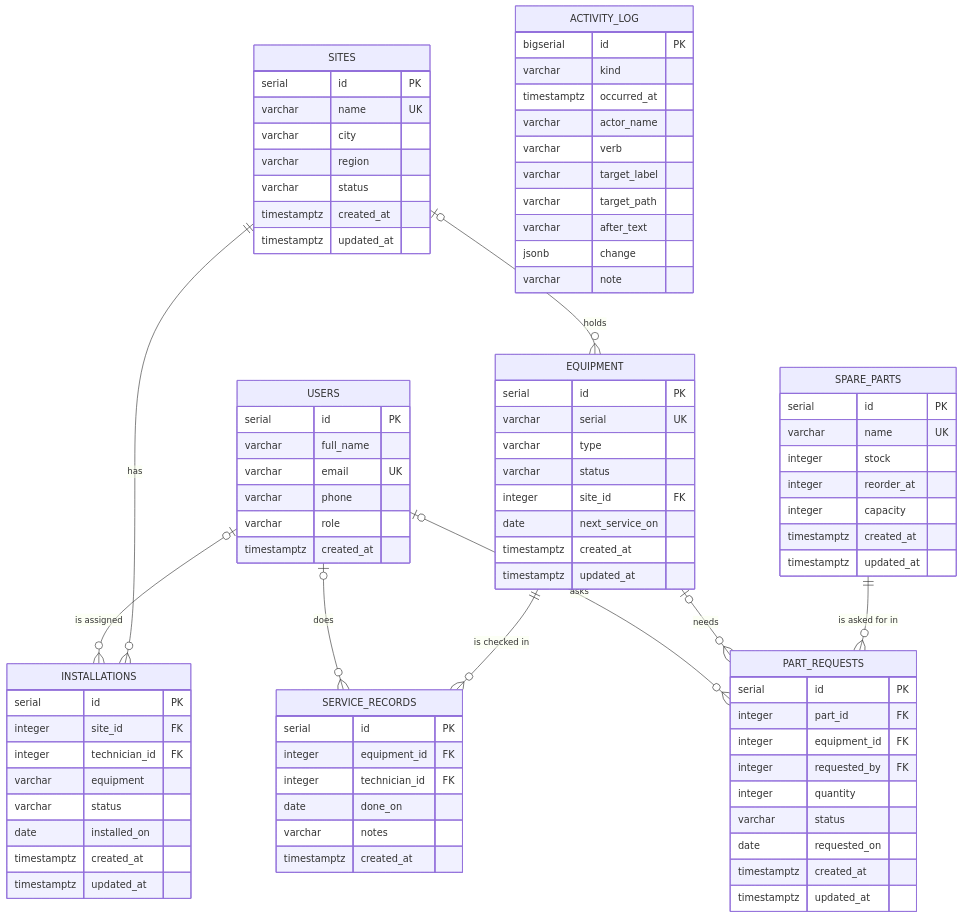
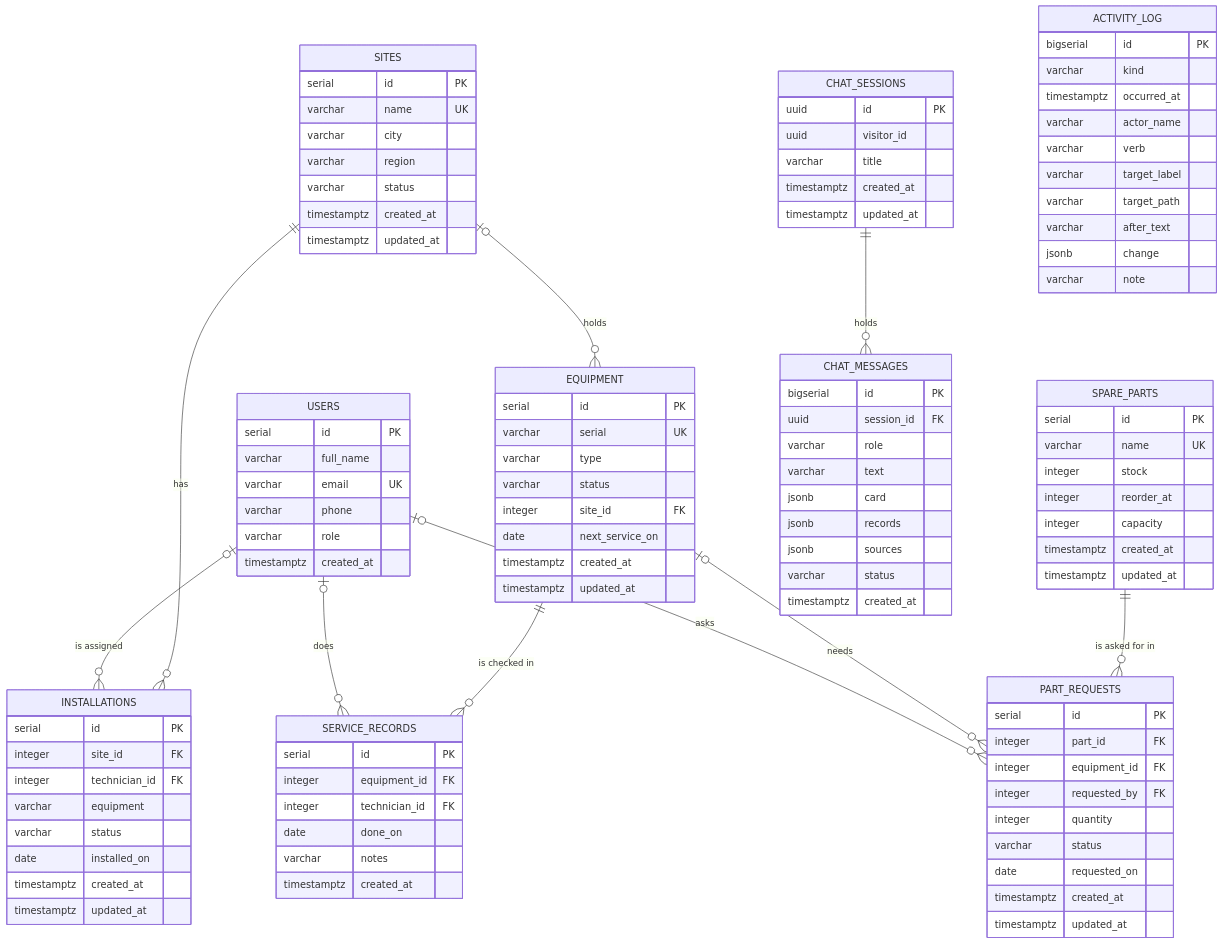
One commit to FlemingJohn/site-operation-dashboard changed the third of 3 diagrams in README.md. Above: the diagram before and after it, drawn with Mermaid. The commit also changed other lines of this file, not shown here.

Commit message:
docs: add saved chats to the readme

````diff
--- a/README.md
+++ b/README.md
@@ -487,6 +492,7 @@
     SPARE_PARTS ||--o{ PART_REQUESTS : "is asked for in"
     EQUIPMENT |o--o{ PART_REQUESTS : "needs"
     USERS |o--o{ PART_REQUESTS : "asks"
+    CHAT_SESSIONS ||--o{ CHAT_MESSAGES : "holds"
 
     SITES {
         serial id PK
@@ -572,4 +578,24 @@
         jsonb change
         varchar note
     }
+
+    CHAT_SESSIONS {
+        uuid id PK
+        uuid visitor_id
+        varchar title
+        timestamptz created_at
+        timestamptz updated_at
+    }
+
+    CHAT_MESSAGES {
+        bigserial id PK
+        uuid session_id FK
+        varchar role
+        varchar text
+        jsonb card
+        jsonb records
+        jsonb sources
+        varchar status
+        timestamptz created_at
+    }
 ```
````
